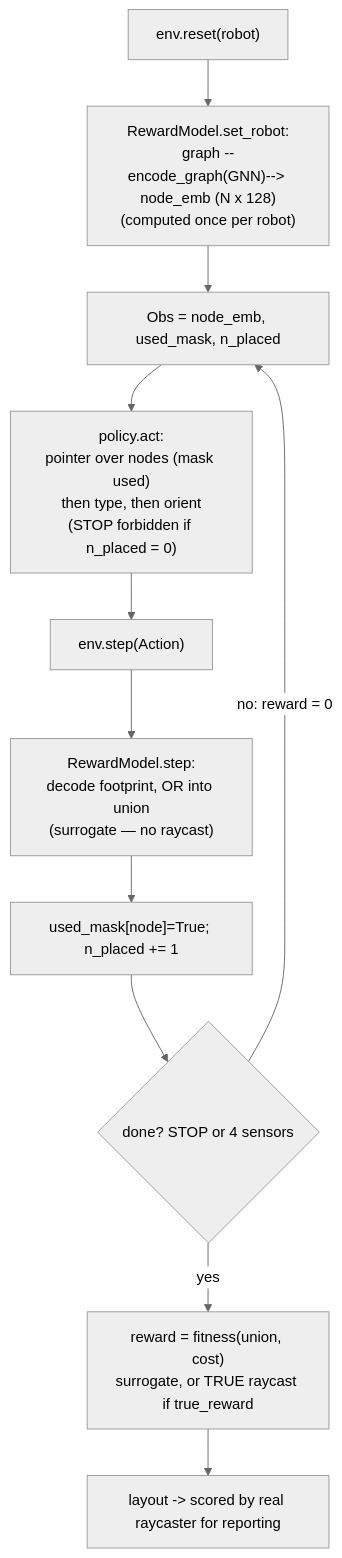
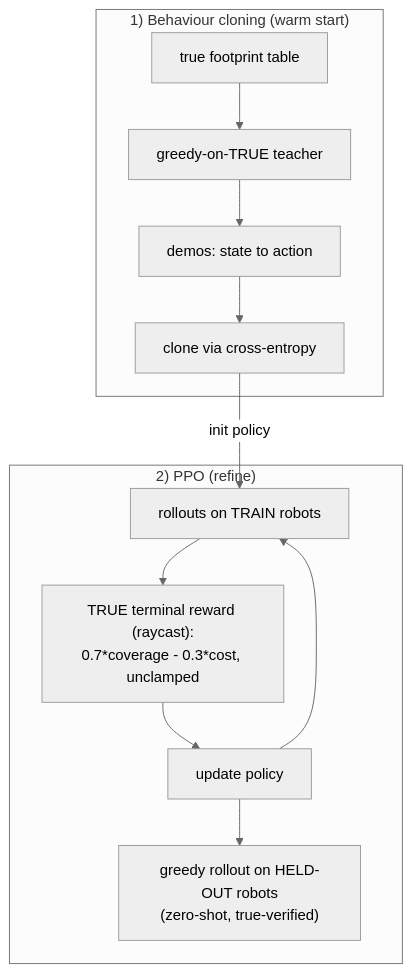
Before and after one commit to minhnhangia/genetic_algorithm: the second of 5 diagrams in surrogate/rl/DATAFLOW.md, drawn with Mermaid (neutral theme). The commit also changed other lines of this file and 24 other files, not shown here.

````diff
--- a/surrogate/rl/DATAFLOW.md
+++ b/surrogate/rl/DATAFLOW.md
@@ -42,16 +25,15 @@
 ```mermaid
 flowchart TD
-    R["env.reset(robot)"] --> ENC["RewardModel.set_robot:<br/>graph --encode_graph(GNN)--> node_emb (N x 128)<br/>(computed once per robot)"]
-    ENC --> OBS["Obs = node_emb, used_mask, n_placed"]
-
-    OBS --> ACT["policy.act:<br/>pointer over nodes (mask used)<br/>then type, then orient<br/>(STOP forbidden if n_placed = 0)"]
-    ACT --> STEP["env.step(Action)"]
-
-    STEP --> DEC["RewardModel.step:<br/>decode footprint, OR into union<br/>(surrogate — no raycast)"]
-    DEC --> UPD["used_mask[node]=True; n_placed += 1"]
-
-    UPD --> DONE{"done? STOP or 4 sensors"}
-    DONE -->|"no: reward = 0"| OBS
-    DONE -->|"yes"| TERM["reward = fitness(union, cost)<br/>surrogate, or TRUE raycast if true_reward"]
-    TERM --> OUT["layout -> scored by real raycaster for reporting"]
+  subgraph BC["1) Behaviour cloning (warm start)"]
+    TT["true footprint table"] --> GT["greedy-on-TRUE teacher"]
+    GT --> D["demos: state to action"]
+    D --> CLONE["clone via cross-entropy"]
+  end
+  CLONE -->|"init policy"| RO
+  subgraph PPO["2) PPO (refine)"]
+    RO["rollouts on TRAIN robots"] --> RW["TRUE terminal reward (raycast):<br/>0.7*coverage - 0.3*cost, unclamped"]
+    RW --> UP["update policy"]
+    UP --> RO
+    UP --> H["greedy rollout on HELD-OUT robots<br/>(zero-shot, true-verified)"]
+  end
 ```
````
